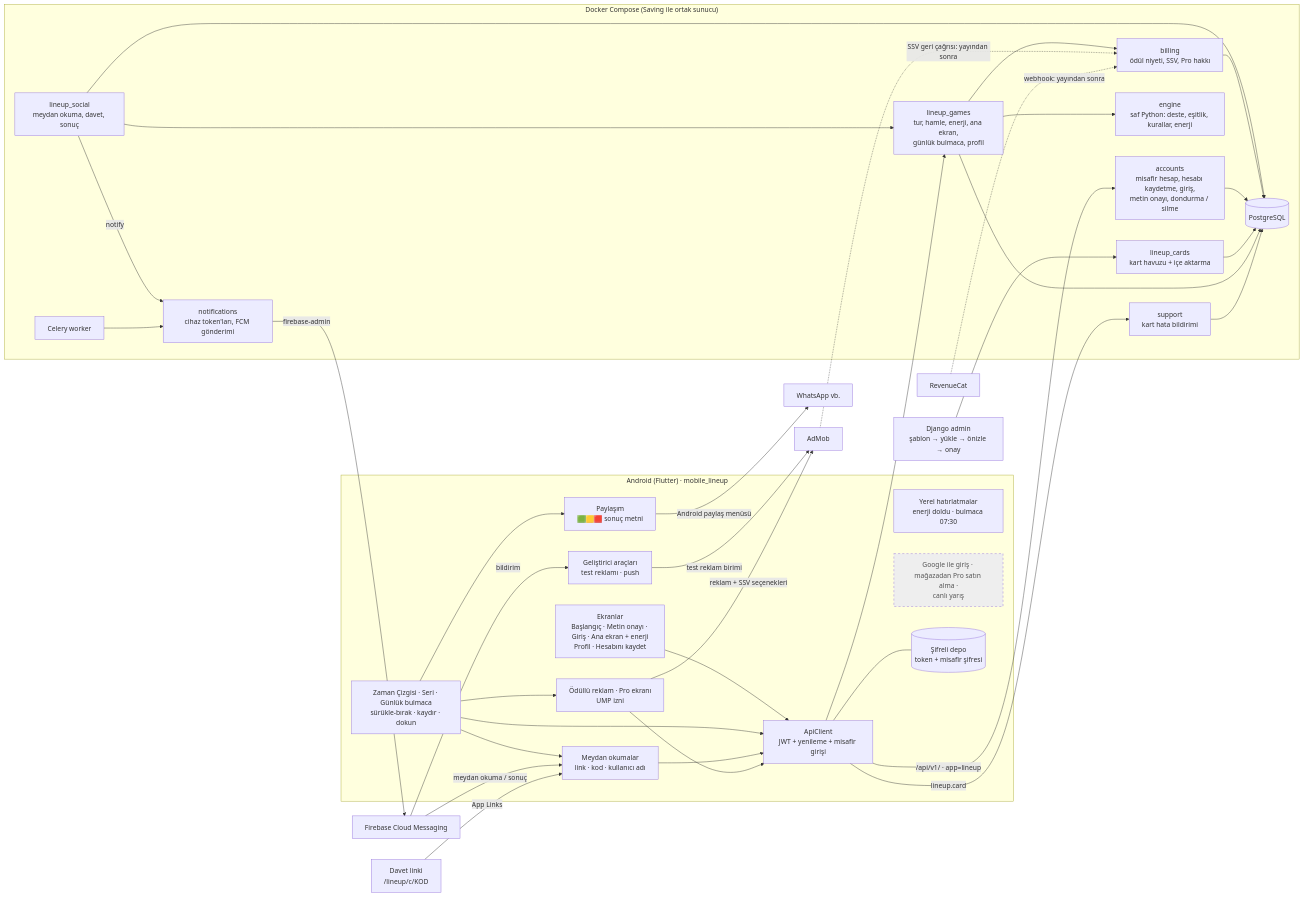
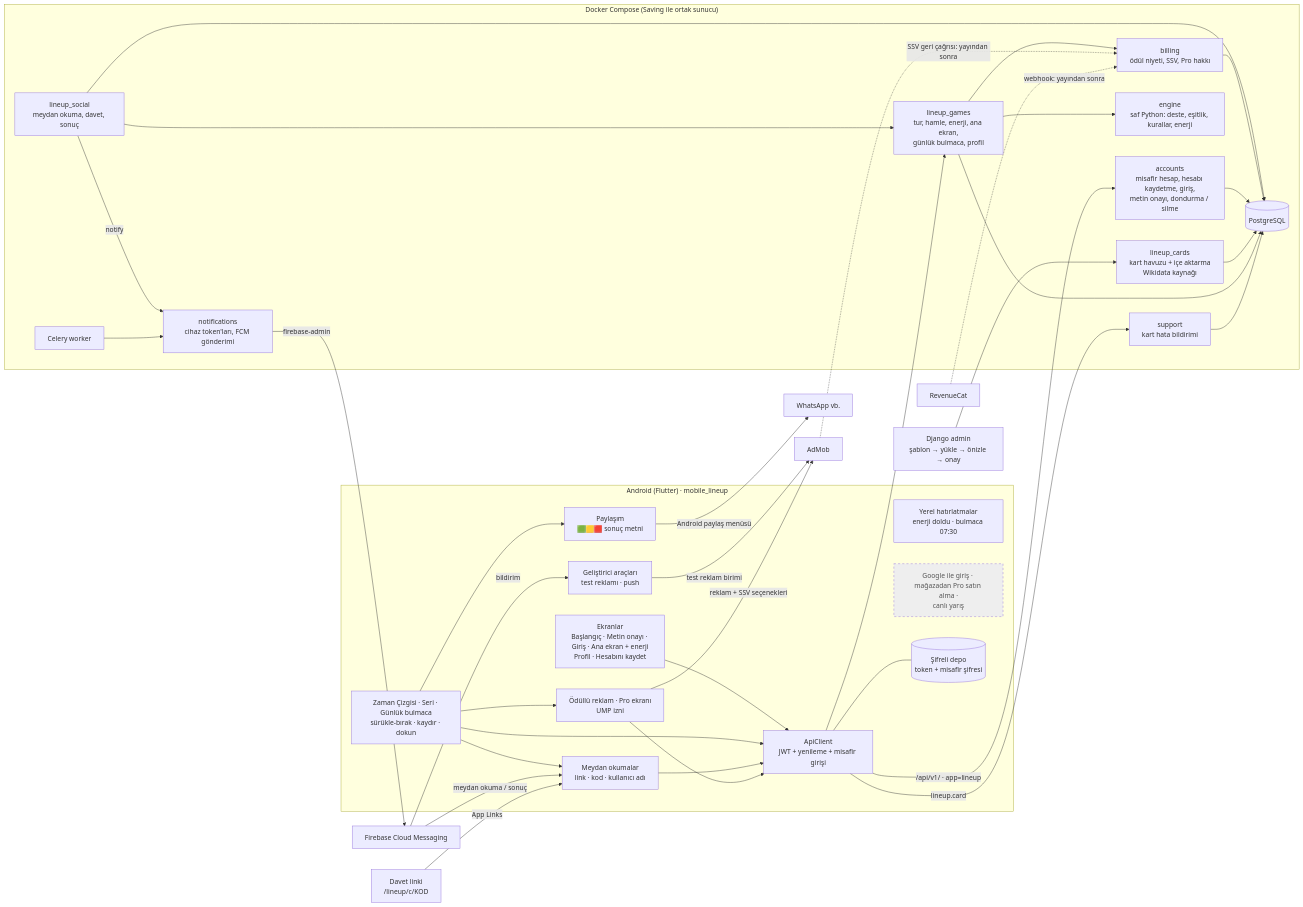
The first of 9 diagrams in docs/FLOW_lineup.md (anilcelik0/saving), drawn with Mermaid before and after one commit. The commit also changed other lines of this file and 15 other files, not shown here.

Commit message:
[lineup] Real data pipeline: Wikidata card sources (presets for provinces / films / battles, deterministic value pick, BC year fix, mul labels, 429 retry), popularity from sitelinks + trwiki views, automatic import checks, monthly refresh to staging, distribution report; Phase 7 docs

````diff
--- a/docs/FLOW_lineup.md
+++ b/docs/FLOW_lineup.md
@@ -12,63 +12,63 @@
 ```mermaid
 flowchart LR
     subgraph Mobil["Android (Flutter) · mobile_lineup"]
         UI[Ekranlar<br/>Başlangıç · Metin onayı · Giriş · Ana ekran + enerji<br/>Profil · Hesabını kaydet]
         DEV[Geliştirici araçları<br/>test reklamı · push]
         MODES[Zaman Çizgisi · Seri · Günlük bulmaca<br/>sürükle-bırak · kaydır · dokun]
         SHARE[Paylaşım<br/>🟩🟨🟥 sonuç metni]
         ADS[Ödüllü reklam · Pro ekranı<br/>UMP izni]
         SOC[Meydan okumalar<br/>link · kod · kullanıcı adı]
         LOCAL[Yerel hatırlatmalar<br/>enerji doldu · bulmaca 07:30]
         LATER[Google ile giriş · mağazadan Pro satın alma ·<br/>canlı yarış]
         API[ApiClient<br/>JWT + yenileme + misafir girişi]
         STORE[(Şifreli depo<br/>token + misafir şifresi)]
         UI --> API
         MODES --> API
         MODES --> SHARE
         MODES --> ADS
         MODES --> SOC
         SOC --> API
         ADS --> API
         API --- STORE
     end
 
     subgraph Sunucu["Docker Compose (Saving ile ortak sunucu)"]
         ACC[accounts<br/>misafir hesap, hesabı kaydetme, giriş,<br/>metin onayı, dondurma / silme]
         NOTIF[notifications<br/>cihaz token'ları, FCM gönderimi]
-        CARDS[lineup_cards<br/>kart havuzu + içe aktarma]
+        CARDS[lineup_cards<br/>kart havuzu + içe aktarma<br/>Wikidata kaynağı]
         GAMES[lineup_games<br/>tur, hamle, enerji, ana ekran,<br/>günlük bulmaca, profil]
         ENGINE[engine<br/>saf Python: deste, eşitlik, kurallar, enerji]
         SUP[support<br/>kart hata bildirimi]
         BILL[billing<br/>ödül niyeti, SSV, Pro hakkı]
         SOCIAL[lineup_social<br/>meydan okuma, davet, sonuç]
         SOCIAL --> DB
         SOCIAL --> GAMES
         SOCIAL -->|notify| NOTIF
         WORKER[Celery worker] --> NOTIF
         BILL --> DB
         GAMES --> BILL
         DB[(PostgreSQL)]
         ACC --> DB
         CARDS --> DB
         GAMES --> DB
         GAMES --> ENGINE
         SUP --> DB
     end
 
     API -->|/api/v1/ · app=lineup| ACC
     API --> GAMES
     API -->|lineup.card| SUP
     NOTIF -->|firebase-admin| FCM[Firebase Cloud Messaging]
     FCM -->|bildirim| DEV
     FCM -->|meydan okuma / sonuç| SOC
     LINK[Davet linki<br/>/lineup/c/KOD] -->|App Links| SOC
     SHARE -->|Android paylaş menüsü| WA[WhatsApp vb.]
     DEV -->|test reklam birimi| ADMOB[AdMob]
     ADS -->|reklam + SSV seçenekleri| ADMOB
     ADMOB -.->|SSV geri çağrısı: yayından sonra| BILL
     RC[RevenueCat] -.->|webhook: yayından sonra| BILL
     ADM[Django admin<br/>şablon → yükle → önizle → onay] --> CARDS
 
     classDef planned stroke-dasharray: 5 5,fill:#eee,color:#555
     class LATER planned
 ```
````
